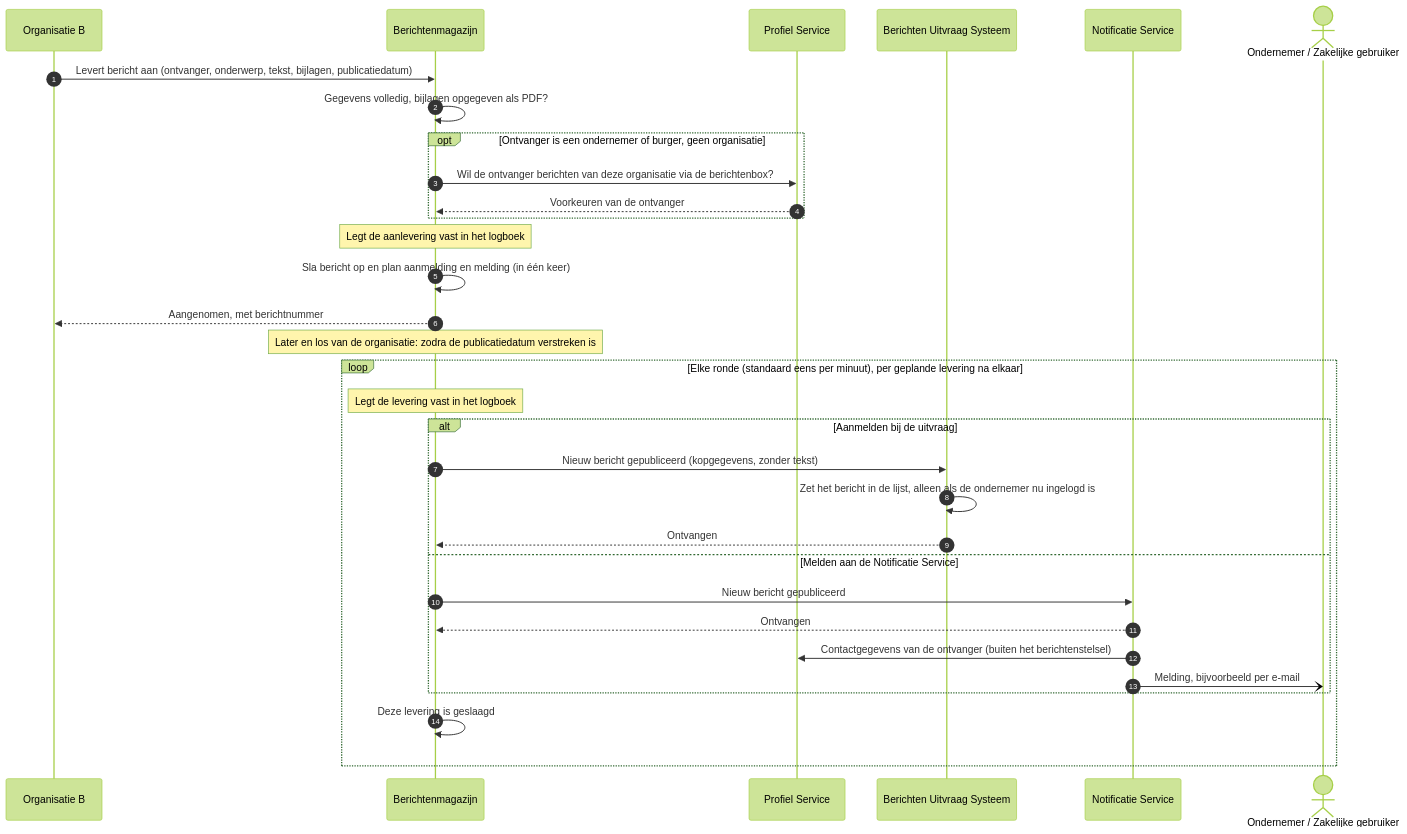
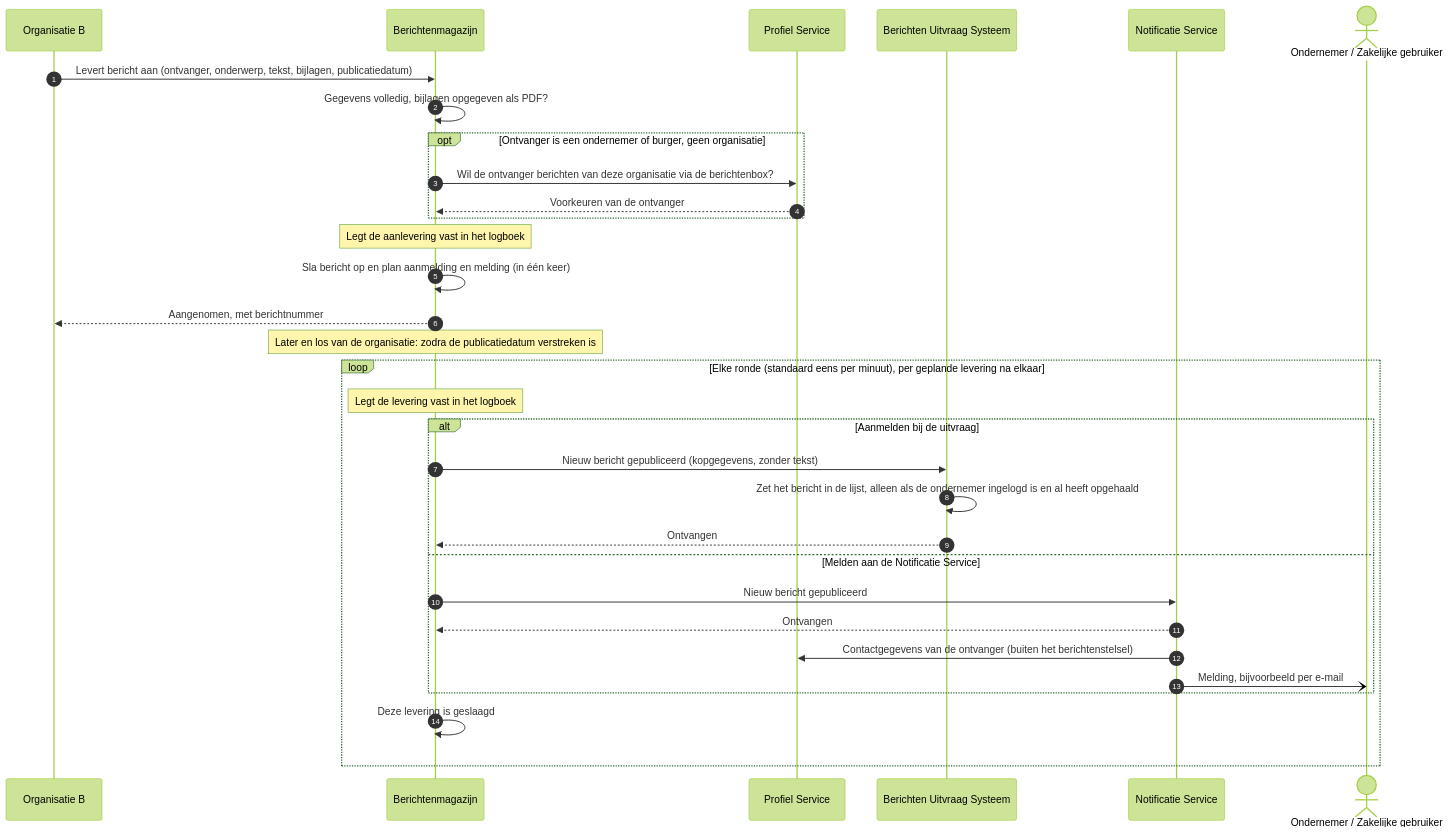
Before and after one commit to MinBZK/moza-poc-fbs-berichtenbox: the diagram in docs/architecture/workspace-docs/05-uc1-bericht-aanleveren.md, drawn with Mermaid (forest theme). The commit also changed other lines of this file and 14 other files, not shown here.

````diff
--- a/docs/architecture/workspace-docs/05-uc1-bericht-aanleveren.md
+++ b/docs/architecture/workspace-docs/05-uc1-bericht-aanleveren.md
@@ -43,36 +43,36 @@
 ```mermaid
 sequenceDiagram
     autonumber
     participant ORG as Organisatie B
     participant MAG as Berichtenmagazijn
     participant PRO as Profiel Service
     participant FBS as Berichten Uitvraag Systeem
     participant NOT as Notificatie Service
     actor OND as Ondernemer / Zakelijke gebruiker
 
     ORG->>MAG: Levert bericht aan (ontvanger, onderwerp, tekst, bijlagen, publicatiedatum)
     MAG->>MAG: Gegevens volledig, bijlagen opgegeven als PDF?
     opt Ontvanger is een ondernemer of burger, geen organisatie
         MAG->>PRO: Wil de ontvanger berichten van deze organisatie via de berichtenbox?
         PRO-->>MAG: Voorkeuren van de ontvanger
     end
     Note over MAG: Legt de aanlevering vast in het logboek
     MAG->>MAG: Sla bericht op en plan aanmelding en melding (in één keer)
     MAG-->>ORG: Aangenomen, met berichtnummer
 
     Note over MAG: Later en los van de organisatie: zodra de publicatiedatum verstreken is
     loop Elke ronde (standaard eens per minuut), per geplande levering na elkaar
         Note over MAG: Legt de levering vast in het logboek
         alt Aanmelden bij de uitvraag
             MAG->>FBS: Nieuw bericht gepubliceerd (kopgegevens, zonder tekst)
-            FBS->>FBS: Zet het bericht in de lijst, alleen als de ondernemer nu ingelogd is
+            FBS->>FBS: Zet het bericht in de lijst, alleen als de ondernemer ingelogd is en al heeft opgehaald
             FBS-->>MAG: Ontvangen
         else Melden aan de Notificatie Service
             MAG->>NOT: Nieuw bericht gepubliceerd
             NOT-->>MAG: Ontvangen
             NOT->>PRO: Contactgegevens van de ontvanger (buiten het berichtenstelsel)
             NOT-)OND: Melding, bijvoorbeeld per e-mail
         end
         MAG->>MAG: Deze levering is geslaagd
     end
 ```
````
